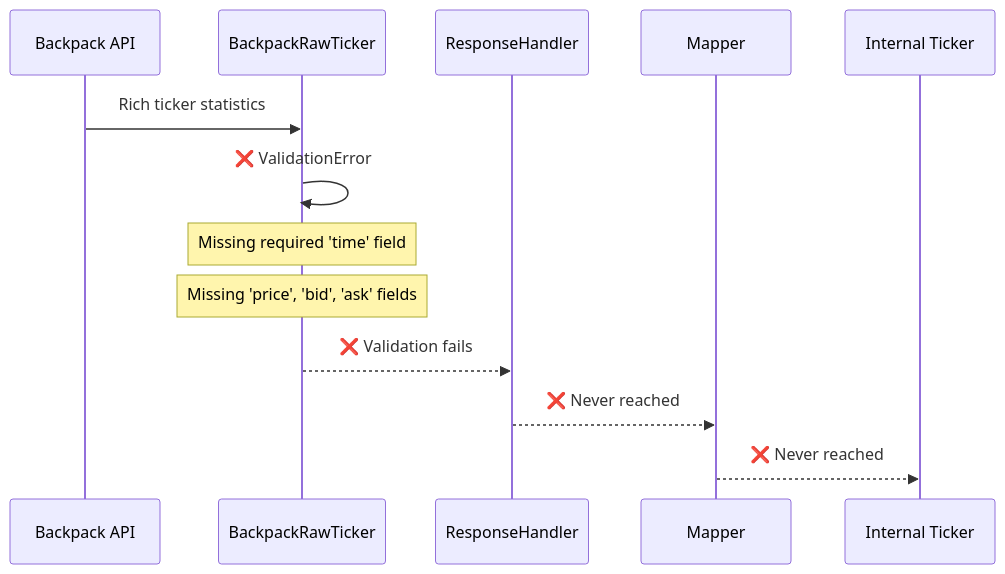
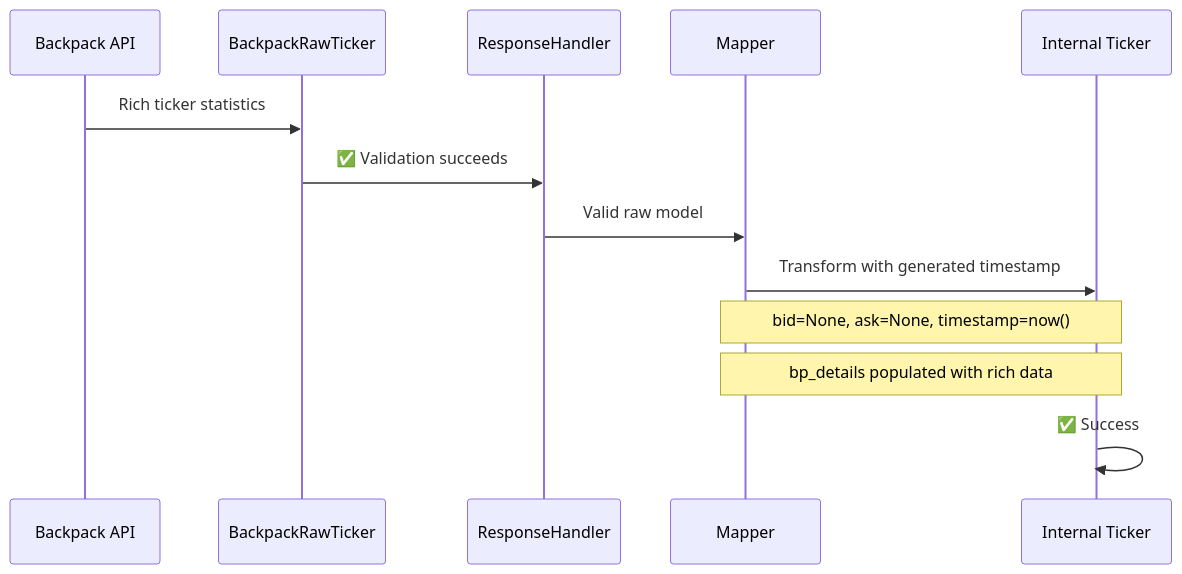
The fourth of 5 diagrams in workflow/ticker/bp_ticker_vs_hl_ticker.md (plataplomo/hummingbot), drawn with Mermaid before and after one commit. The commit also changed other lines of this file and 101 other files, not shown here.

````diff
--- a/workflow/ticker/bp_ticker_vs_hl_ticker.md
+++ b/workflow/ticker/bp_ticker_vs_hl_ticker.md
@@ -140,16 +148,16 @@
 ```mermaid
 sequenceDiagram
     participant API as Backpack API
     participant Raw as BackpackRawTicker
     participant Handler as ResponseHandler
     participant Mapper as Mapper
     participant Internal as Internal Ticker
 
     API->>Raw: Rich ticker statistics
-    Raw->>Raw: ❌ ValidationError
-    Note over Raw: Missing required 'time' field
-    Note over Raw: Missing 'price', 'bid', 'ask' fields
-    Raw-->>Handler: ❌ Validation fails
-    Handler-->>Mapper: ❌ Never reached
-    Mapper-->>Internal: ❌ Never reached
+    Raw->>Handler: ✅ Validation succeeds
+    Handler->>Mapper: Valid raw model
+    Mapper->>Internal: Transform with generated timestamp
+    Note over Mapper,Internal: bid=None, ask=None, timestamp=now()
+    Note over Mapper,Internal: bp_details populated with rich data
+    Internal->>Internal: ✅ Success
 ```
````
